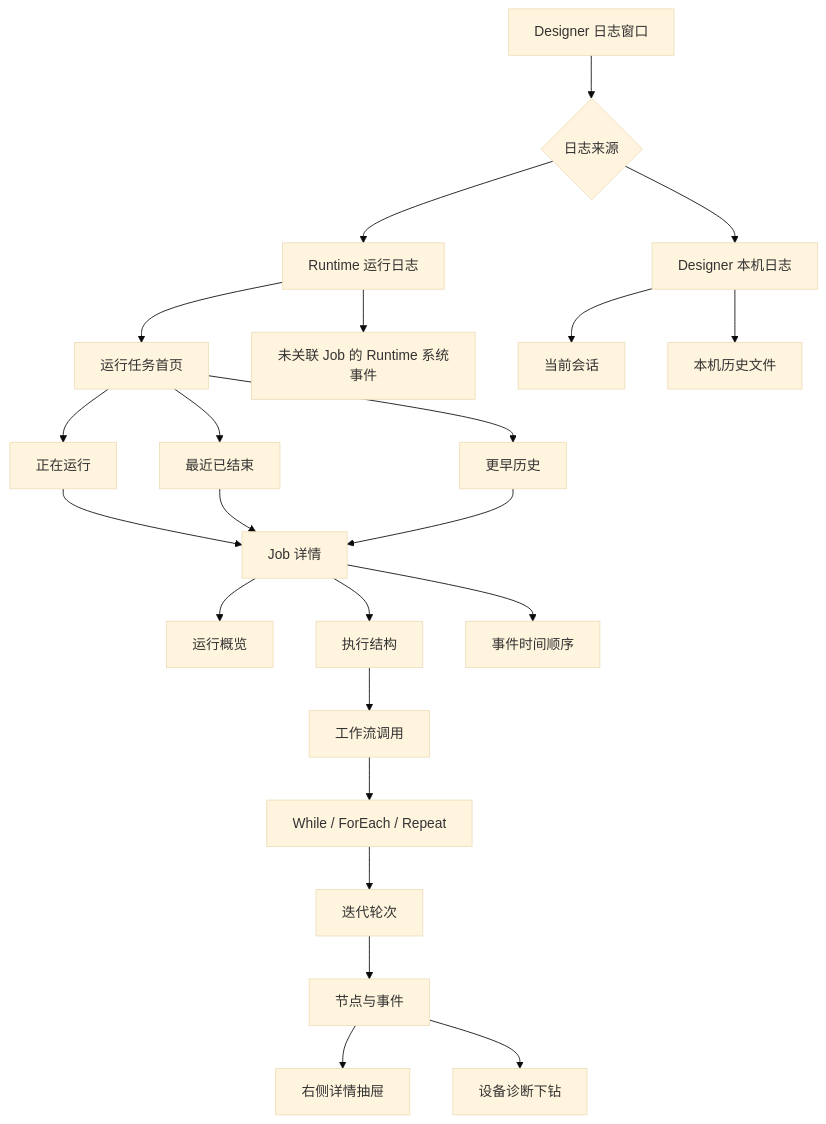
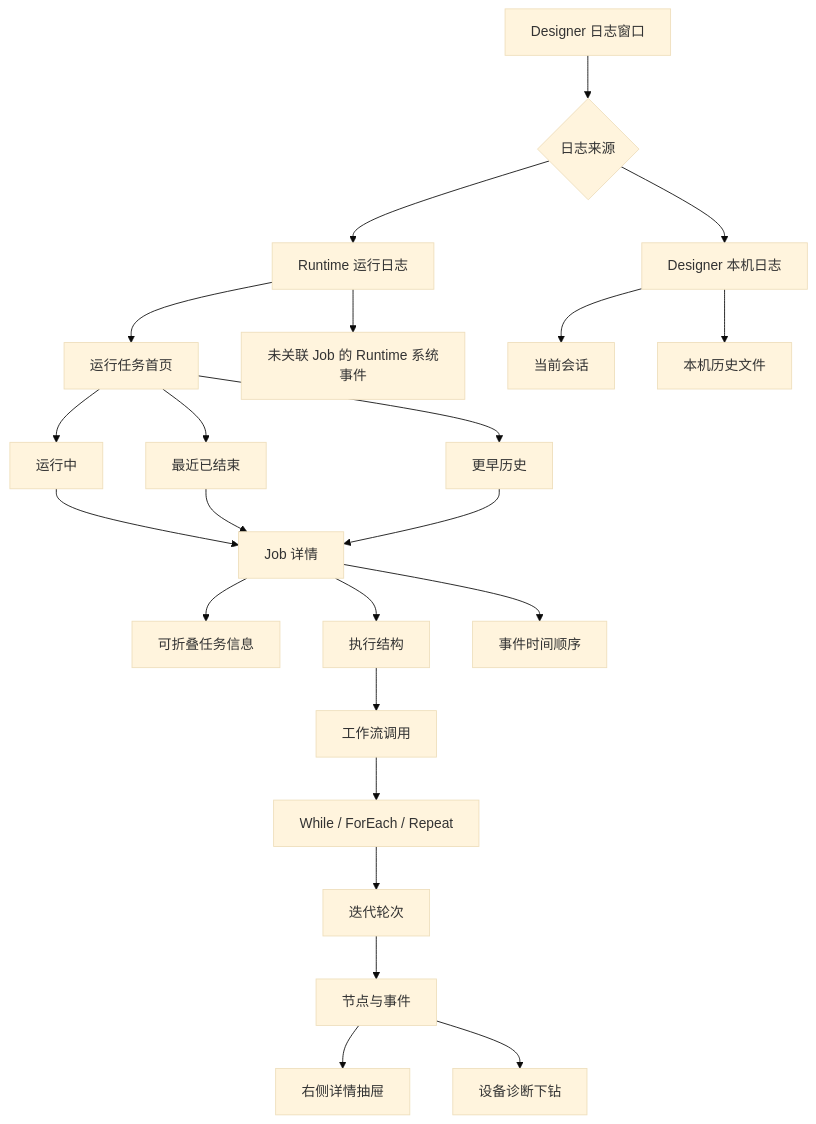
One commit to jsdfhasuh/emo_master changed the first of 2 diagrams in openspec/changes/redesign-runtime-log-workbench/design.md. Above: the diagram before and after it, drawn with Mermaid (base theme). The commit also changed other lines of this file and 38 other files, not shown here.

````diff
--- a/openspec/changes/redesign-runtime-log-workbench/design.md
+++ b/openspec/changes/redesign-runtime-log-workbench/design.md
@@ -61,25 +70,25 @@
 ```mermaid
 flowchart TD
     A[Designer 日志窗口] --> B{日志来源}
     B --> C[Runtime 运行日志]
     B --> D[Designer 本机日志]
     C --> E[运行任务首页]
-    E --> F[正在运行]
+    E --> F[运行中]
     E --> G[最近已结束]
     E --> H[更早历史]
     F --> I[Job 详情]
     G --> I
     H --> I
-    I --> J[运行概览]
+    I --> J[可折叠任务信息]
     I --> K[执行结构]
     I --> L[事件时间顺序]
     K --> M[工作流调用]
     M --> N[While / ForEach / Repeat]
     N --> O[迭代轮次]
     O --> P[节点与事件]
     P --> Q[右侧详情抽屉]
     P --> R[设备诊断下钻]
     C --> S[未关联 Job 的 Runtime 系统事件]
     D --> T[当前会话]
     D --> U[本机历史文件]
 ```
````
